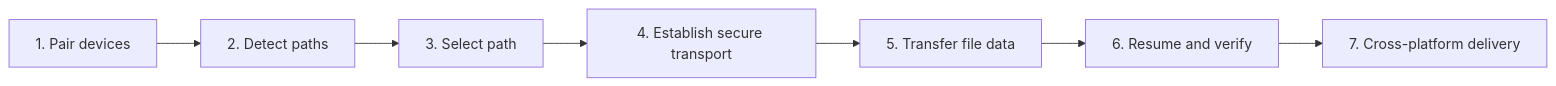
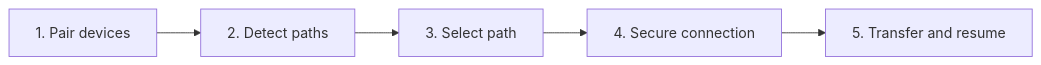
One commit to ECE4410J-NUUB/envoix changed the diagram in README.md. Above: the diagram before and after it, drawn with Mermaid. The commit also changed other lines of this file, not shown here.

Commit message:
docs: align story map with five-stage roadmap

````diff
--- a/README.md
+++ b/README.md
@@ -143,9 +143,7 @@
 ```mermaid
 flowchart LR
     A[1. Pair devices] --> B[2. Detect paths]
     B --> C[3. Select path]
-    C --> D[4. Establish secure transport]
-    D --> E[5. Transfer file data]
-    E --> F[6. Resume and verify]
-    F --> G[7. Cross-platform delivery]
+    C --> D[4. Secure connection]
+    D --> E[5. Transfer and resume]
 ```
````
